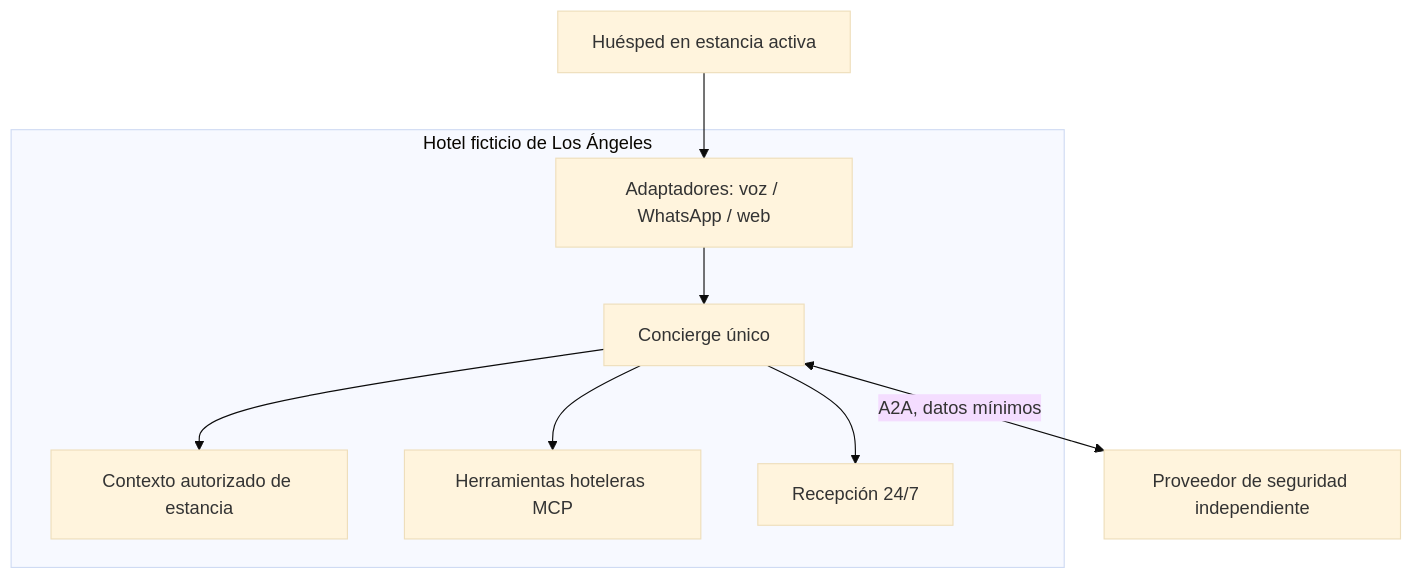
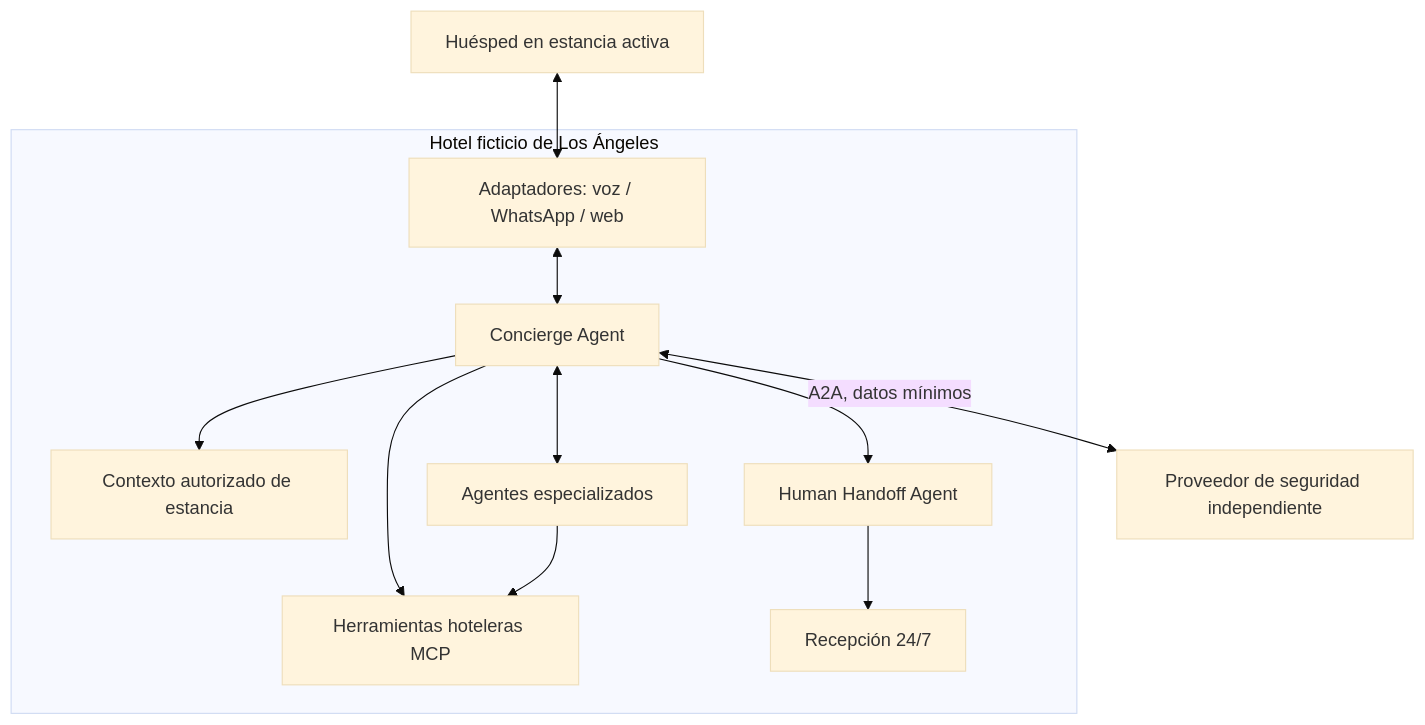
The diagram in docs/architecture/system-context.md (marcor0311/hotel-multi-agents), drawn with Mermaid (base theme) before and after one commit. The commit also changed other lines of this file and 9 other files, not shown here.

Commit message:
docs: map concierge architecture and flight workflows

````diff
--- a/docs/architecture/system-context.md
+++ b/docs/architecture/system-context.md
@@ -5,17 +5,21 @@
 ```mermaid
 flowchart TB
   Guest[Huésped en estancia activa]
   subgraph Hotel[Hotel ficticio de Los Ángeles]
     Channel[Adaptadores: voz / WhatsApp / web]
-    Concierge[Concierge único]
+    Concierge[Concierge Agent]
     Context[Contexto autorizado de estancia]
+    Specialists[Agentes especializados]
+    Handoff[Human Handoff Agent]
     Tools[Herramientas hoteleras MCP]
     Staff[Recepción 24/7]
   end
   Provider[Proveedor de seguridad independiente]
-  Guest --> Channel --> Concierge
+  Guest <--> Channel <--> Concierge
   Concierge --> Context
+  Concierge <--> Specialists
   Concierge --> Tools
-  Concierge --> Staff
+  Specialists --> Tools
+  Concierge --> Handoff --> Staff
   Concierge <-->|A2A, datos mínimos| Provider
 ```
````
